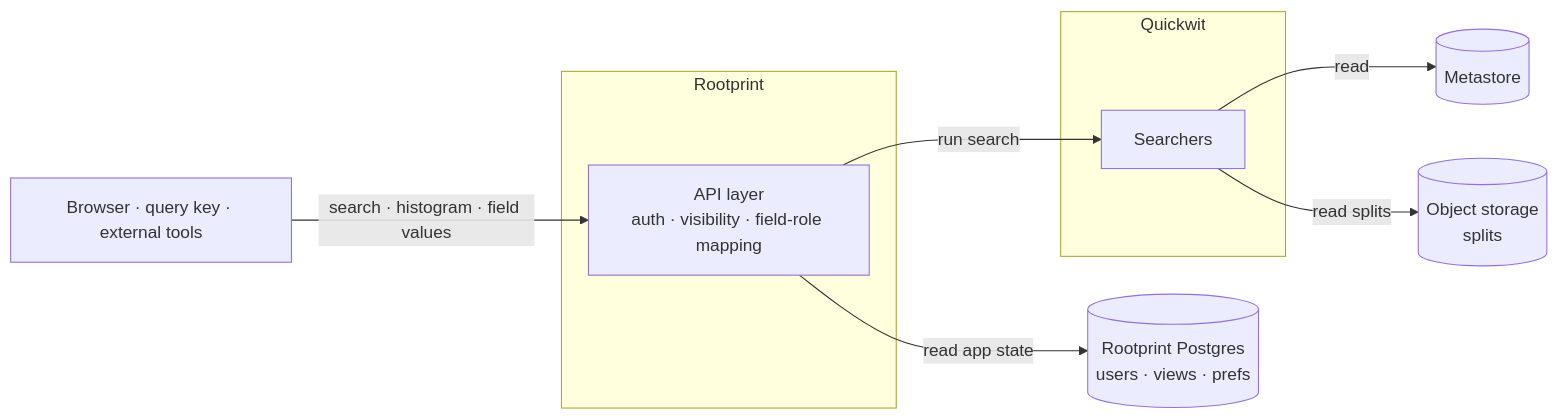
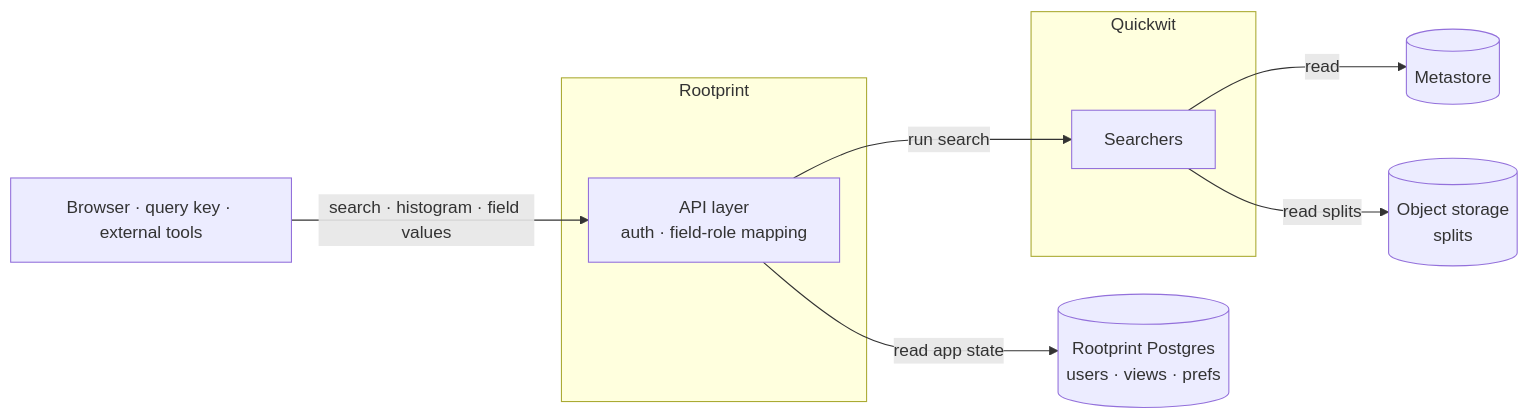
The second of 2 diagrams in architecture.mdx (rootprint/docs.rootprint.io), drawn with Mermaid before and after one commit. The commit also changed other lines of this file and 18 other files, not shown here.

````diff
--- a/architecture.mdx
+++ b/architecture.mdx
@@ -52,19 +53,19 @@
 ```mermaid
 flowchart LR
     user[Browser · query key · external tools]
     subgraph rp[Rootprint]
-        api["API layer<br/>auth · visibility · field-role mapping"]
+        api["API layer<br/>auth · field-role mapping"]
     end
     subgraph qw[Quickwit]
         srch[Searchers]
     end
     pg[("Rootprint Postgres<br/>users · views · prefs")]
     store[("Object storage<br/>splits")]
     meta[(Metastore)]
 
     user -->|"search · histogram · field values"| api
     api -->|read app state| pg
     api -->|run search| srch
     srch -->|read| meta
     srch -->|read splits| store
 ```
````
